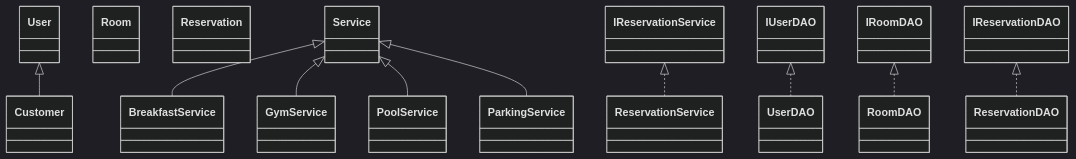
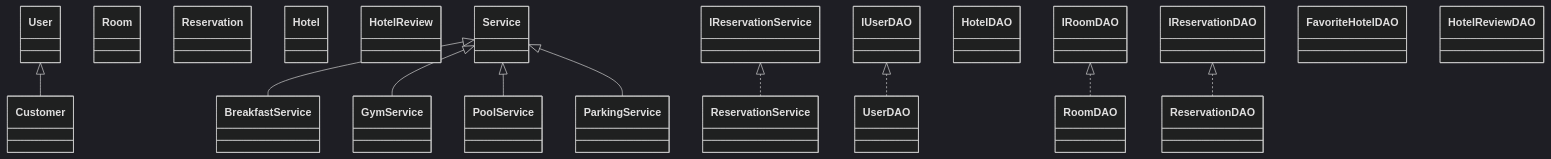
Before and after one commit to yagmurylmaz/YEBU-Tour-: the first of 2 diagrams in docs/uml.md, drawn with Mermaid (dark theme). The commit also changed other lines of this file and 5 other files, not shown here.

````diff
--- a/docs/uml.md
+++ b/docs/uml.md
@@ -18,35 +18,40 @@
 ```mermaid
 classDiagram
 direction TB
 
 class User
 class Customer
 class Room
 class Reservation
+class Hotel
+class HotelReview
 class Service
 class BreakfastService
 class GymService
 class PoolService
 class ParkingService
 
 User <|-- Customer
 Service <|-- BreakfastService
 Service <|-- GymService
 Service <|-- PoolService
 Service <|-- ParkingService
 
 class IReservationService
 class ReservationService
 IReservationService <|.. ReservationService
 
 class IUserDAO
 class UserDAO
+class HotelDAO
 class IRoomDAO
 class RoomDAO
 class IReservationDAO
 class ReservationDAO
+class FavoriteHotelDAO
+class HotelReviewDAO
 
 IUserDAO <|.. UserDAO
 IRoomDAO <|.. RoomDAO
 IReservationDAO <|.. ReservationDAO
 ```
````
